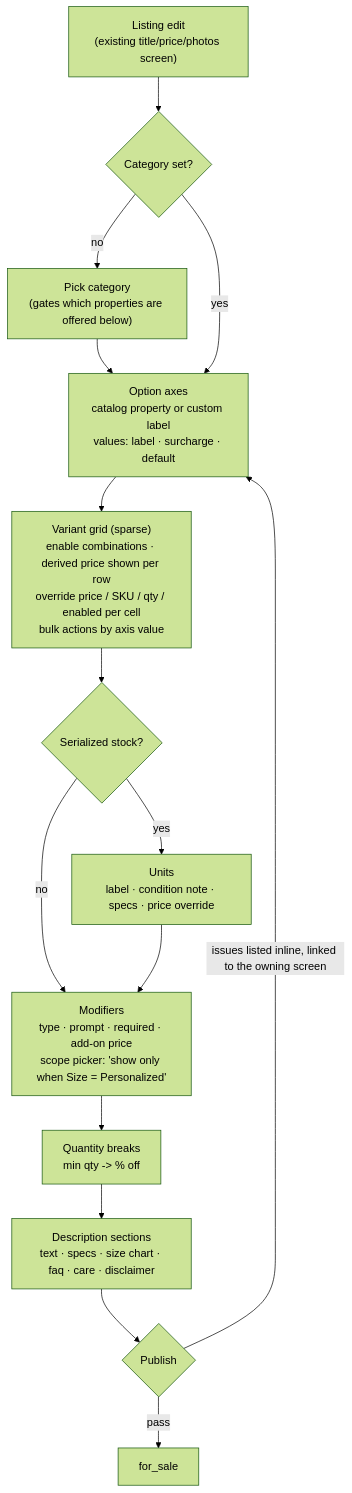
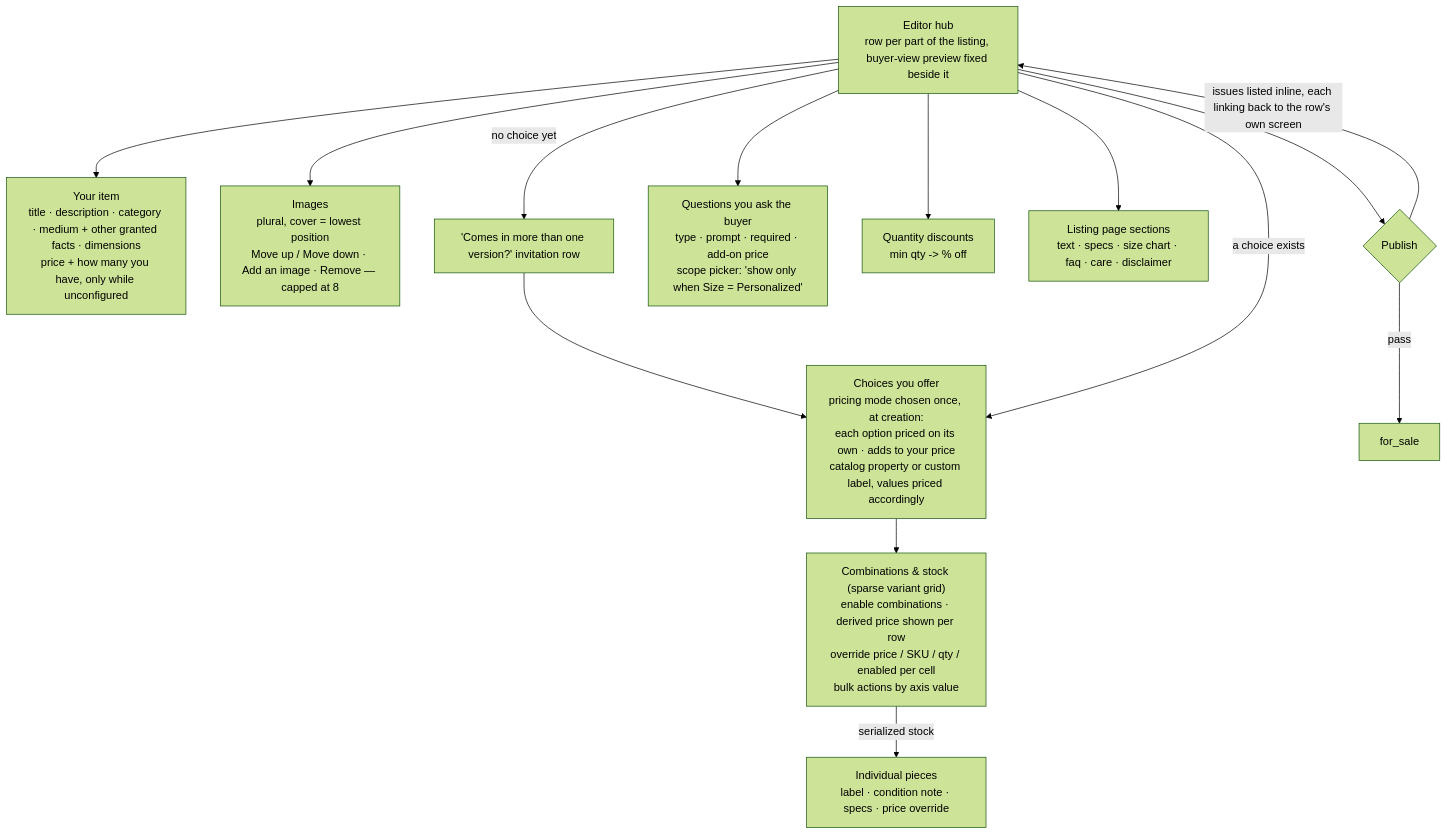
One commit to jonathan-beebe/art-store changed the fifth of 6 diagrams in prototype/php/docs/item-configurator.md. Above: the diagram before and after it, drawn with Mermaid (forest theme). The commit also changed other lines of this file and 6 other files, not shown here.

First line of the commit message:
docs[php]: seller-flow doc carries the row hub and pricing modes; Sunset Ridge end-to-end smoke [DSGN-002]

````diff
--- a/prototype/php/docs/item-configurator.md
+++ b/prototype/php/docs/item-configurator.md
@@ -410,17 +413,17 @@
 ```mermaid
 flowchart TD
-    A["Listing edit\n(existing title/price/photos screen)"] --> B{Category set?}
-    B -- no --> C["Pick category\n(gates which properties are offered below)"]
-    C --> D
-    B -- yes --> D["Option axes\ncatalog property or custom label\nvalues: label · surcharge · default"]
-    D --> E["Variant grid (sparse)\nenable combinations · derived price shown per row\noverride price / SKU / qty / enabled per cell\nbulk actions by axis value"]
-    E --> F{Serialized stock?}
-    F -- yes --> G["Units\nlabel · condition note · specs · price override"]
-    F -- no --> H
-    G --> H["Modifiers\ntype · prompt · required · add-on price\nscope picker: 'show only when Size = Personalized'"]
-    H --> I["Quantity breaks\nmin qty -> % off"]
-    I --> J["Description sections\ntext · specs · size chart · faq · care · disclaimer"]
-    J --> K{Publish}
-    K -- "issues listed inline, linked to the owning screen" --> D
-    K -- pass --> L["for_sale"]
+    Hub["Editor hub\nrow per part of the listing, buyer-view preview fixed beside it"]
+    Hub --> Basics["Your item\ntitle · description · category · medium + other granted facts · dimensions\nprice + how many you have, only while unconfigured"]
+    Hub --> Images["Images\nplural, cover = lowest position\nMove up / Move down · Add an image · Remove — capped at 8"]
+    Hub -- "no choice yet" --> Invite["'Comes in more than one version?' invitation row"]
+    Invite --> Choices
+    Hub -- "a choice exists" --> Choices["Choices you offer\npricing mode chosen once, at creation:\neach option priced on its own · adds to your price\ncatalog property or custom label, values priced accordingly"]
+    Choices --> Variants["Combinations & stock (sparse variant grid)\nenable combinations · derived price shown per row\noverride price / SKU / qty / enabled per cell\nbulk actions by axis value"]
+    Variants -- "serialized stock" --> Units["Individual pieces\nlabel · condition note · specs · price override"]
+    Hub --> Modifiers["Questions you ask the buyer\ntype · prompt · required · add-on price\nscope picker: 'show only when Size = Personalized'"]
+    Hub --> Discounts["Quantity discounts\nmin qty -> % off"]
+    Hub --> Sections["Listing page sections\ntext · specs · size chart · faq · care · disclaimer"]
+    Hub --> Publish{Publish}
+    Publish -- "issues listed inline, each linking back to the row's own screen" --> Hub
+    Publish -- pass --> ForSale["for_sale"]
 ```
````
